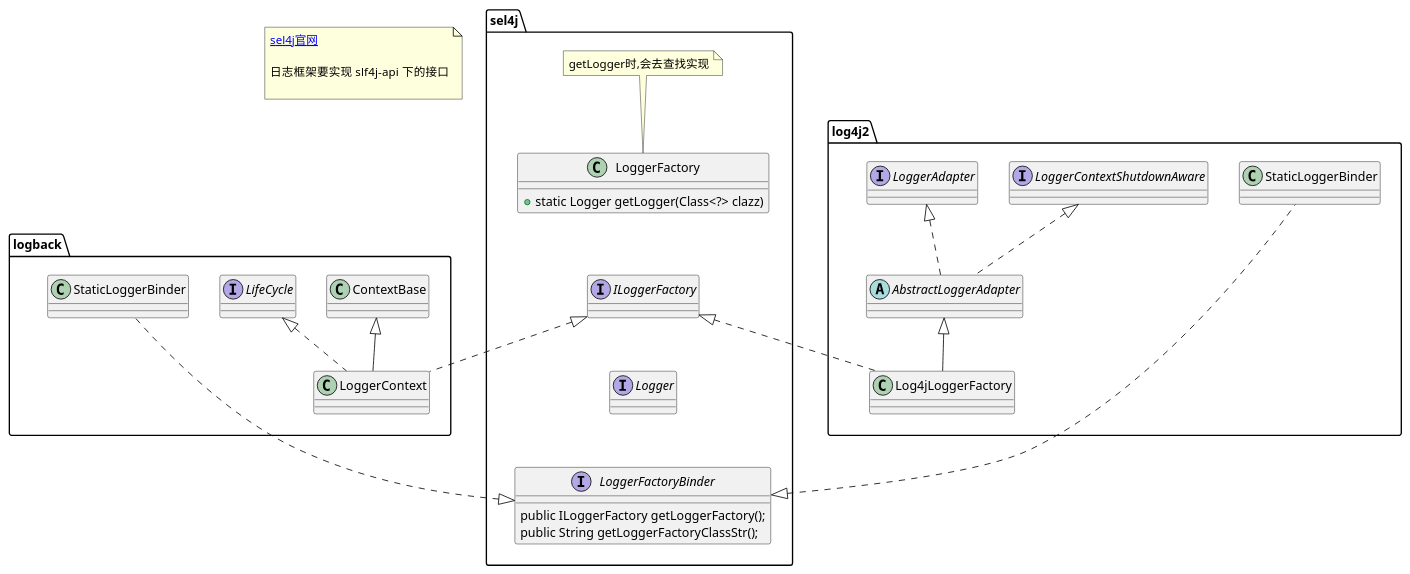
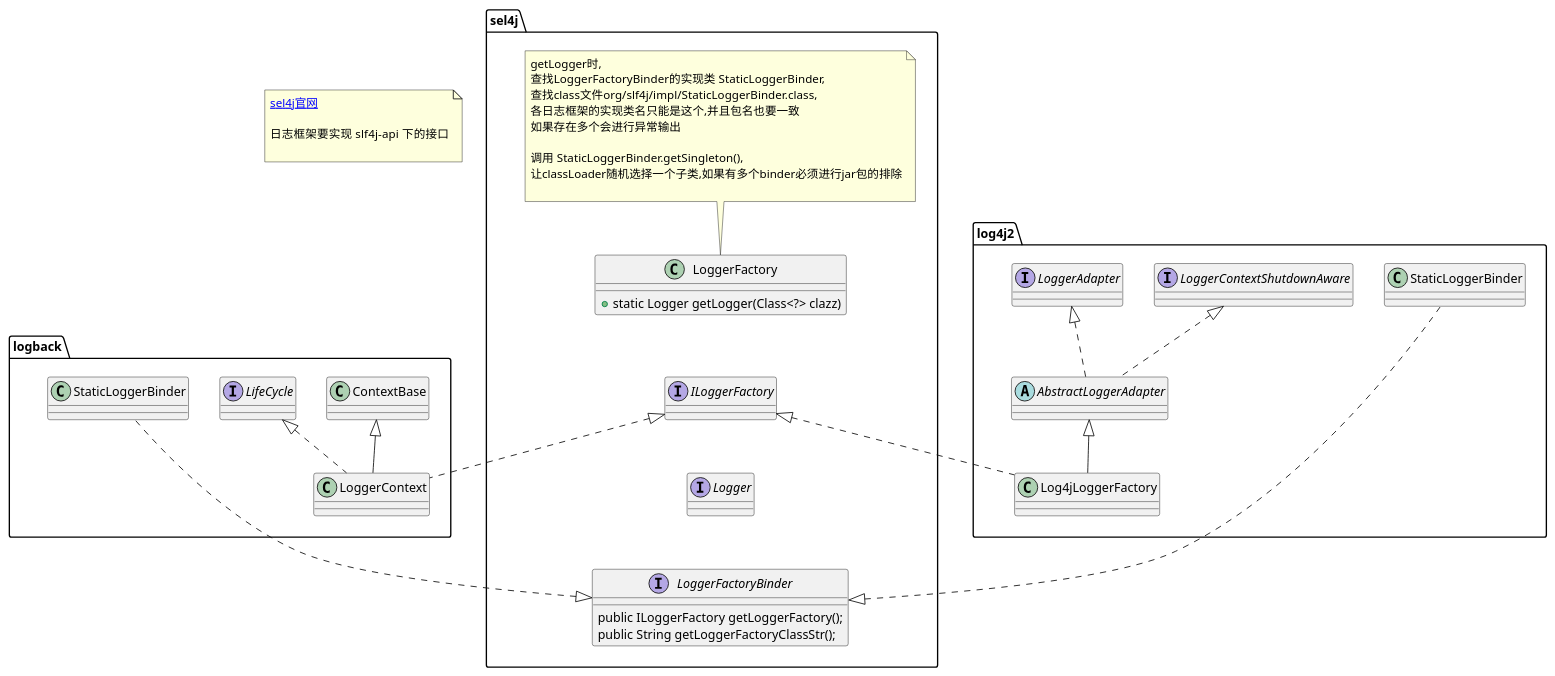
One commit to FHJ2020/spring-uml changed the diagram in uml/src/main/java/sel4j.puml. Above: the diagram before and after it, drawn with PlantUML.

```diff
--- a/uml/src/main/java/sel4j.puml
+++ b/uml/src/main/java/sel4j.puml
@@ -1,51 +1,59 @@
 @startuml
 'https://plantuml.com/class-diagram
 
 note as n1
 [[https://www.slf4j.org/manual.html sel4j官网]]
 
 日志框架要实现  slf4j-api 下的接口
 
 end note
 namespace sel4j {
 
 
     class LoggerFactory {
         + static Logger getLogger(Class<?> clazz)
     }
     note top of LoggerFactory
-    getLogger时,会去查找实现
+    getLogger时,
+    查找LoggerFactoryBinder的实现类 StaticLoggerBinder,
+    查找class文件org/slf4j/impl/StaticLoggerBinder.class,
+    各日志框架的实现类名只能是这个,并且包名也要一致
+    如果存在多个会进行异常输出
+
+    调用 StaticLoggerBinder.getSingleton(),
+    让classLoader随机选择一个子类,如果有多个binder必须进行jar包的排除
+
     end note
 
     interface Logger
 
     interface ILoggerFactory {
     }
     interface LoggerFactoryBinder {
         public ILoggerFactory getLoggerFactory();
         public String getLoggerFactoryClassStr();
     }
 
     LoggerFactory -d[hidden]- ILoggerFactory
     ILoggerFactory -d[hidden]- Logger
     Logger -d[hidden]- LoggerFactoryBinder
 
 }
 log4j2 -[hidden]- sel4j
 sel4j -u[hidden]- logback
 
 namespace log4j2 {
     interface LoggerContextShutdownAware
     interface LoggerAdapter
     abstract class AbstractLoggerAdapter implements LoggerAdapter, LoggerContextShutdownAware
     class StaticLoggerBinder implements sel4j.LoggerFactoryBinder
     class Log4jLoggerFactory extends AbstractLoggerAdapter implements sel4j.ILoggerFactory
 }
 
 namespace logback {
     class LoggerContext extends ContextBase implements sel4j.ILoggerFactory, LifeCycle
     class StaticLoggerBinder implements sel4j.LoggerFactoryBinder
 }
 
 
 @enduml
```
